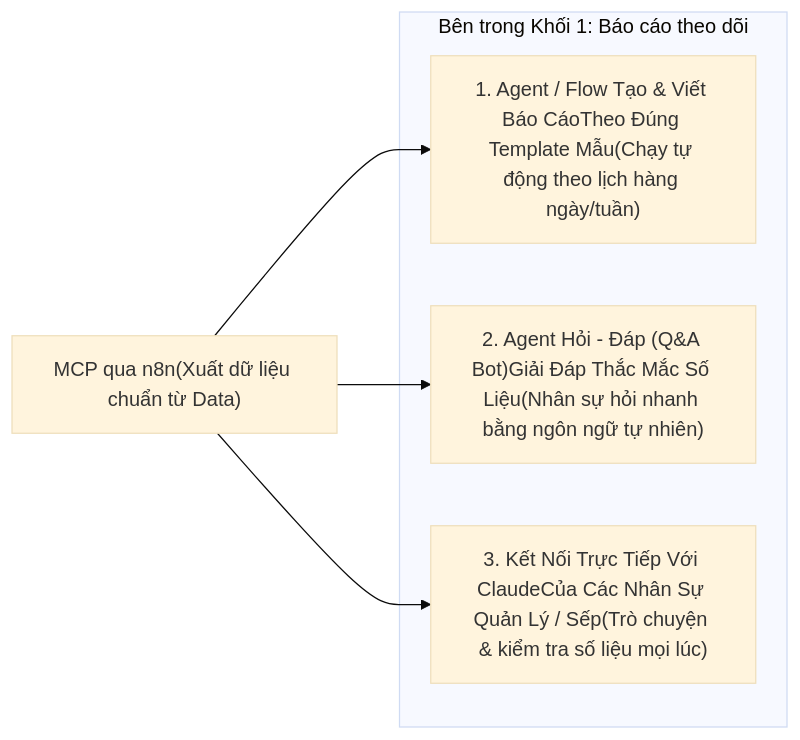
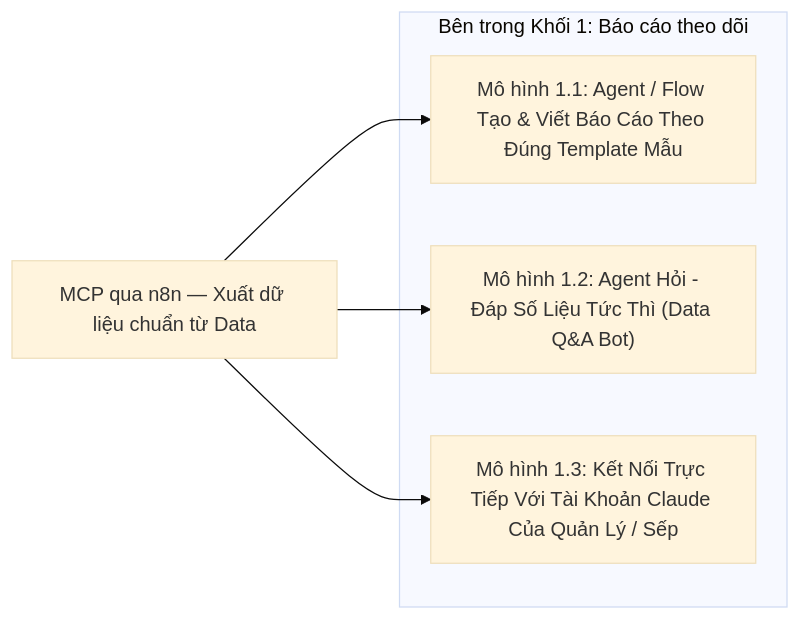
One commit to hattorimkk/api-docs changed the first of 17 diagrams in SYSTEM_ARCHITECTURE.md. Above: the diagram before and after it, drawn with Mermaid (base theme). The commit also changed other lines of this file, not shown here.

````diff
--- a/SYSTEM_ARCHITECTURE.md
+++ b/SYSTEM_ARCHITECTURE.md
@@ -167,14 +266,14 @@
 ```mermaid
 flowchart LR
-    MCP_DATA["MCP qua n8n(Xuất dữ liệu chuẩn từ Data)"]
+    MCP_DATA["MCP qua n8n — Xuất dữ liệu chuẩn từ Data"]
 
     subgraph BOX1_DETAIL["Bên trong Khối 1: Báo cáo theo dõi"]
-        R_TPL["1. Agent / Flow Tạo & Viết Báo CáoTheo Đúng Template Mẫu(Chạy tự động theo lịch hàng ngày/tuần)"]
-        R_QA["2. Agent Hỏi - Đáp (Q&A Bot)Giải Đáp Thắc Mắc Số Liệu(Nhân sự hỏi nhanh bằng ngôn ngữ tự nhiên)"]
-        R_CLAUDE["3. Kết Nối Trực Tiếp Với ClaudeCủa Các Nhân Sự Quản Lý / Sếp(Trò chuyện & kiểm tra số liệu mọi lúc)"]
+        R_TPL["Mô hình 1.1: Agent / Flow Tạo & Viết Báo Cáo Theo Đúng Template Mẫu"]
+        R_QA["Mô hình 1.2: Agent Hỏi - Đáp Số Liệu Tức Thì (Data Q&A Bot)"]
+        R_CLAUDE["Mô hình 1.3: Kết Nối Trực Tiếp Với Tài Khoản Claude Của Quản Lý / Sếp"]
     end
 
     MCP_DATA --> R_TPL
     MCP_DATA --> R_QA
     MCP_DATA --> R_CLAUDE
 ```
````
